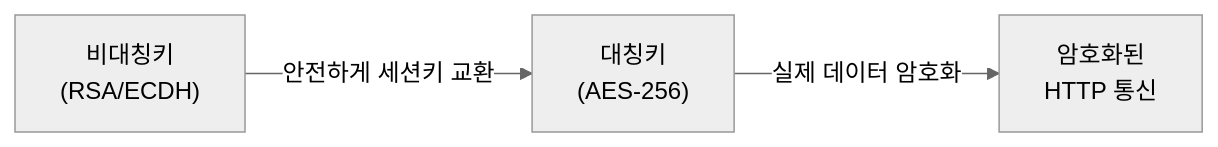
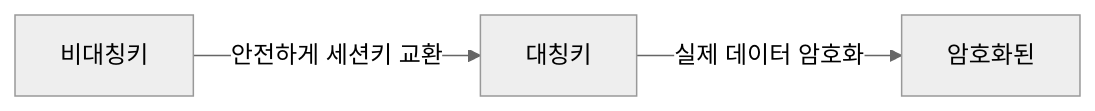
Before and after one commit to yjkim2015/yjkim2015.github.io: the first of 7 diagrams in _posts/network/2026-05-03-https-tls.md, drawn with Mermaid (neutral theme). The commit also changed other lines of this file and 217 other files, not shown here.

First line of the commit message:
Mermaid 크기 수정: useMaxWidth:true + SVG max-width:100% + 라벨 축소

````diff
--- a/_posts/network/2026-05-03-https-tls.md
+++ b/_posts/network/2026-05-03-https-tls.md
@@ -59,5 +59,5 @@
 ```mermaid
 graph LR
-    A["비대칭키\n(RSA/ECDH)"] -->|"안전하게 세션키 교환"| B["대칭키\n(AES-256)"]
-    B -->|"실제 데이터 암호화"| C["암호화된\nHTTP 통신"]
+    A["비대칭키"] -->|"안전하게 세션키 교환"| B["대칭키"]
+    B -->|"실제 데이터 암호화"| C["암호화된"]
 ```
````
